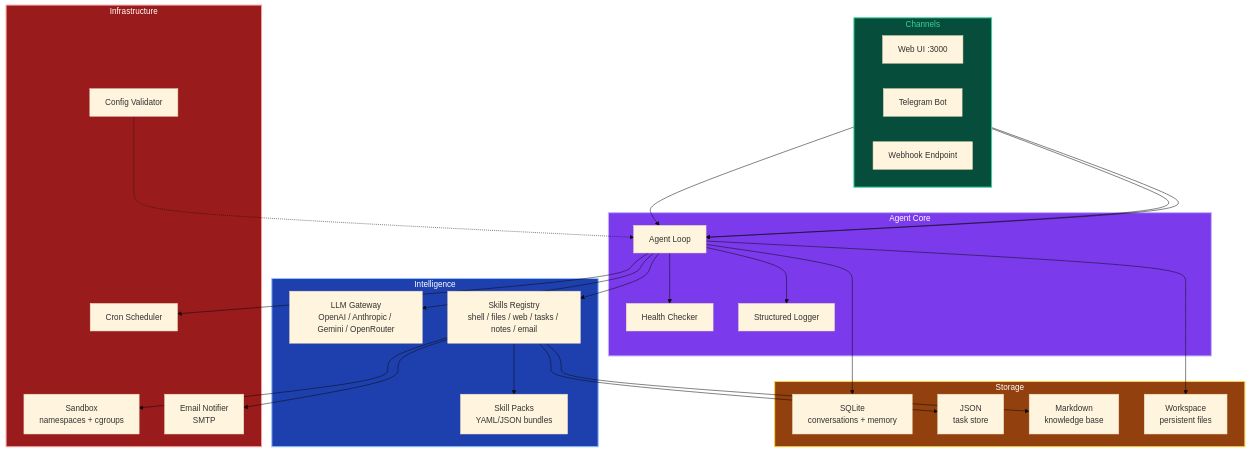
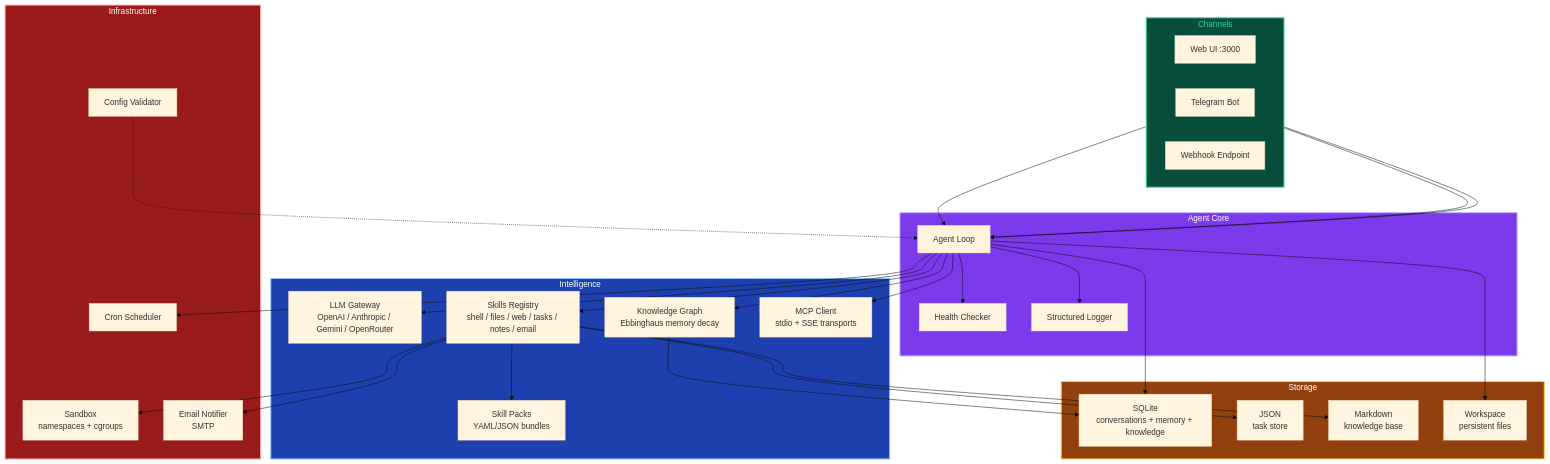
One commit to mandarl/pennyclaw changed the diagram in README.md. Above: the diagram before and after it, drawn with Mermaid (base theme). The commit also changed other lines of this file and 14 other files, not shown here.

First line of the commit message:
v0.5.0: Knowledge Graph with Ebbinghaus memory decay + Native MCP client

````diff
--- a/README.md
+++ b/README.md
@@ -177,58 +207,63 @@
 ```mermaid
 graph TD
     subgraph Channels["Channels"]
         direction LR
         WEB["Web UI :3000"]
         TG["Telegram Bot"]
         WH["Webhook Endpoint"]
     end
 
     subgraph Core["Agent Core"]
         AGENT["Agent Loop"]
         HEALTH["Health Checker"]
         LOG["Structured Logger"]
     end
 
     subgraph Intelligence["Intelligence"]
         LLM["LLM Gateway<br/>OpenAI / Anthropic / Gemini / OpenRouter"]
         SKILLS["Skills Registry<br/>shell / files / web / tasks / notes / email"]
         SKILLPACK["Skill Packs<br/>YAML/JSON bundles"]
+        KG["Knowledge Graph<br/>Ebbinghaus memory decay"]
+        MCP["MCP Client<br/>stdio + SSE transports"]
     end
 
     subgraph Storage["Storage"]
-        SQLITE["SQLite<br/>conversations + memory"]
+        SQLITE["SQLite<br/>conversations + memory + knowledge"]
         TASKS["JSON<br/>task store"]
         NOTES["Markdown<br/>knowledge base"]
         WORKSPACE["Workspace<br/>persistent files"]
     end
 
     subgraph Infra["Infrastructure"]
         SANDBOX["Sandbox<br/>namespaces + cgroups"]
         CRON["Cron Scheduler"]
         EMAIL["Email Notifier<br/>SMTP"]
         VALIDATE["Config Validator"]
     end
 
     WEB --> AGENT
     TG --> AGENT
     WH --> AGENT
     AGENT --> LLM
     AGENT --> SKILLS
     AGENT --> HEALTH
     AGENT --> LOG
     SKILLS --> SKILLPACK
     SKILLS --> SANDBOX
     SKILLS --> TASKS
     SKILLS --> NOTES
     SKILLS --> EMAIL
     AGENT --> SQLITE
     AGENT --> WORKSPACE
     AGENT --> CRON
+    AGENT --> KG
+    AGENT --> MCP
+    KG --> SQLITE
     VALIDATE -.-> AGENT
 
     style Channels fill:#064e3b,stroke:#34d399,stroke-width:2px,color:#34d399
     style Core fill:#7c3aed,stroke:#c4b5fd,stroke-width:2px,color:#fff
     style Intelligence fill:#1e40af,stroke:#93c5fd,stroke-width:2px,color:#fff
     style Storage fill:#92400e,stroke:#fcd34d,stroke-width:2px,color:#fff
     style Infra fill:#991b1b,stroke:#fca5a5,stroke-width:2px,color:#fff
 ```
````
